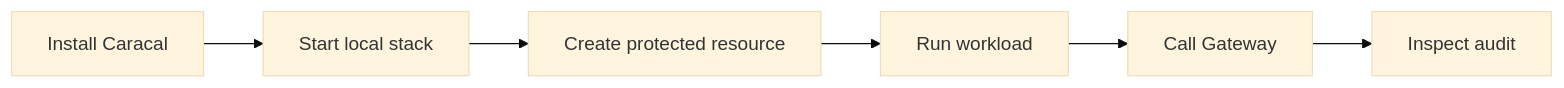
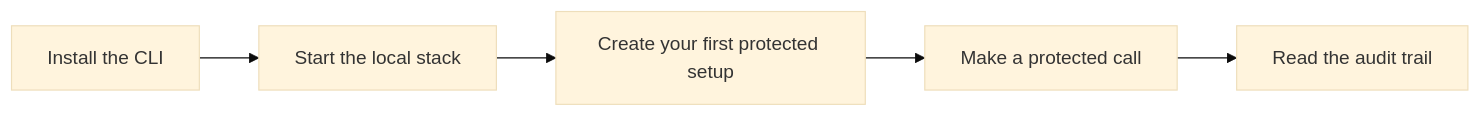
One commit to Garudex-Labs/caracal changed the second of 2 diagrams in docs/src/content/docs/get-started/index.mdx. Above: the diagram before and after it, drawn with Mermaid (base theme). The commit also changed other lines of this file and 8 other files, not shown here.

````diff
--- a/docs/src/content/docs/get-started/index.mdx
+++ b/docs/src/content/docs/get-started/index.mdx
@@ -30,11 +97,10 @@
 ```mermaid
 flowchart LR
-  Install[Install Caracal]
-  Stack[Start local stack]
-  Setup[Create protected resource]
-  Run[Run workload]
-  Gateway[Call Gateway]
-  Audit[Inspect audit]
+  Install[Install the CLI]
+  Stack[Start the local stack]
+  Setup[Create your first protected setup]
+  Call[Make a protected call]
+  Audit[Read the audit trail]
 
-  Install --> Stack --> Setup --> Run --> Gateway --> Audit
+  Install --> Stack --> Setup --> Call --> Audit
 ```
````
